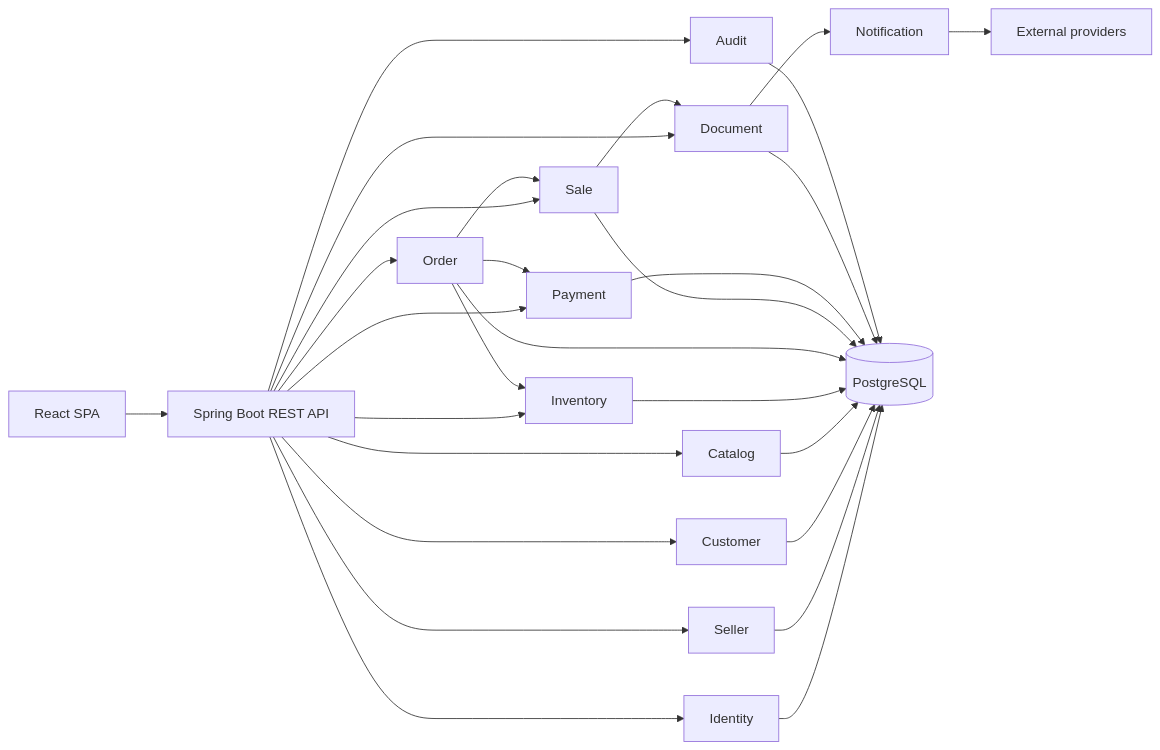
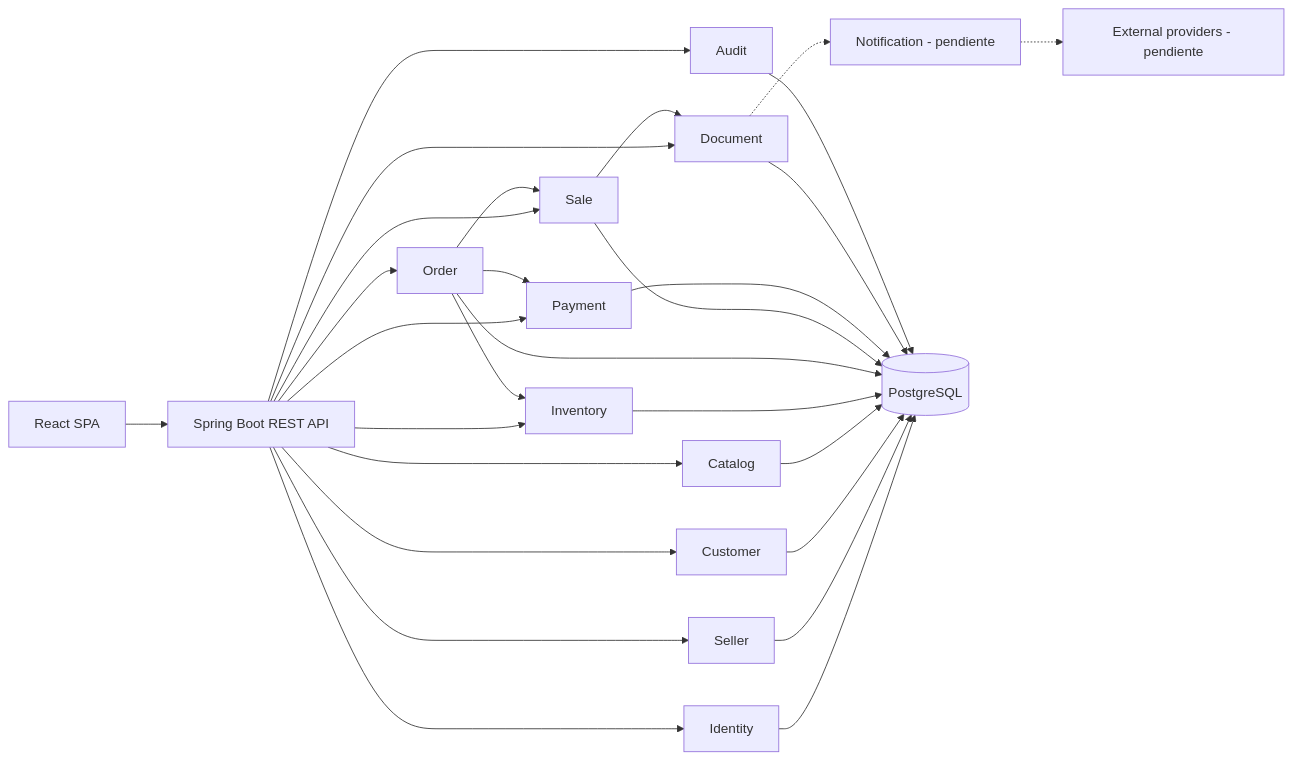
One commit to Martinrc93/distribuidoraCore changed the first of 2 diagrams in docs/architecture/overview.md. Above: the diagram before and after it, drawn with Mermaid. The commit also changed other lines of this file and 1 other file, not shown here.

Commit message:
docs: add current architecture mermaid diagrams

````diff
--- a/docs/architecture/overview.md
+++ b/docs/architecture/overview.md
@@ -15,32 +15,32 @@
 ```mermaid
 flowchart LR
     FE[React SPA] --> API[Spring Boot REST API]
     API --> ID[Identity]
     API --> SEL[Seller]
     API --> CUS[Customer]
     API --> CAT[Catalog]
     API --> INV[Inventory]
     API --> ORD[Order]
     API --> SAL[Sale]
     API --> PAY[Payment]
     API --> DOC[Document]
     API --> AUD[Audit]
 
     ORD --> INV
     ORD --> SAL
     ORD --> PAY
     SAL --> DOC
-    DOC --> NOTIF[Notification]
-    NOTIF --> EXT[External providers]
+    DOC -.-> NOTIF[Notification - pendiente]
+    NOTIF -.-> EXT[External providers - pendiente]
 
     ID --> DB[(PostgreSQL)]
     SEL --> DB
     CUS --> DB
     CAT --> DB
     INV --> DB
     ORD --> DB
     SAL --> DB
     PAY --> DB
     DOC --> DB
     AUD --> DB
 ```
````
